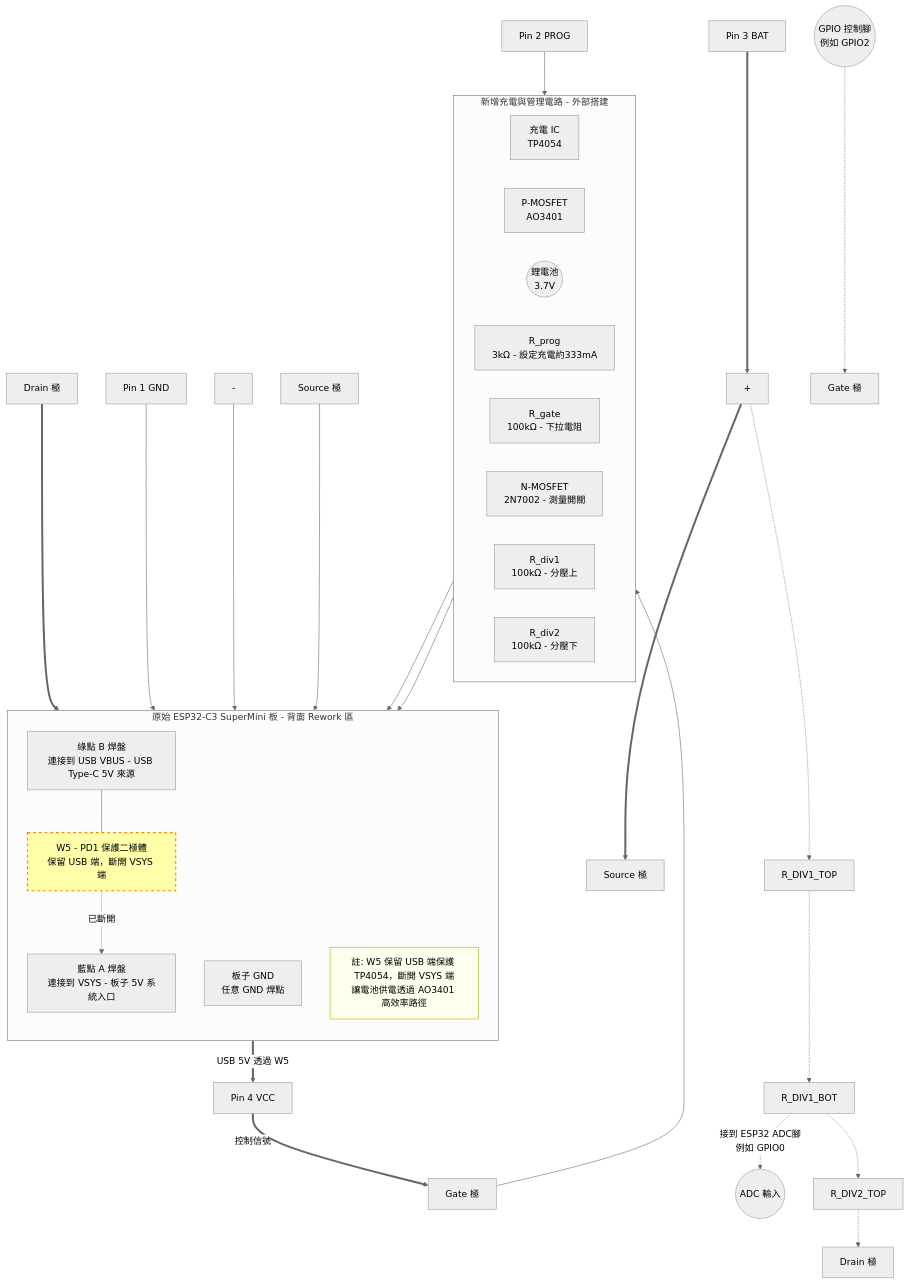
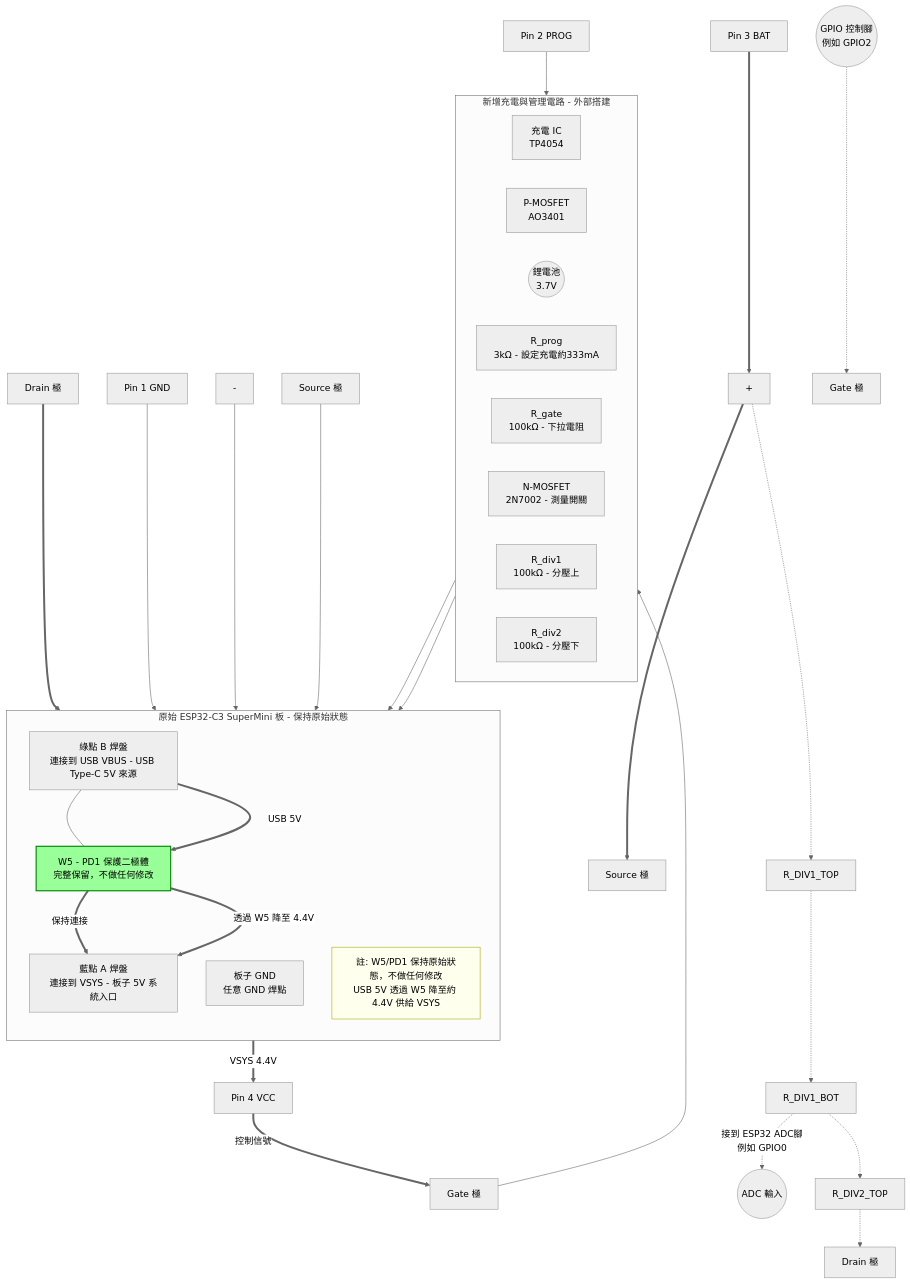
Before and after one commit to DanielYJHsieh/esp32c3: the diagram in battery_management/docs/HW_Design_1.md, drawn with Mermaid (neutral theme). The commit also changed 4 other files, not shown here.

````diff
--- a/battery_management/docs/HW_Design_1.md
+++ b/battery_management/docs/HW_Design_1.md
@@ -1,67 +1,69 @@
 ```mermaid
 graph TD
     %% --- 定義區域 ---
-    subgraph ORIGINAL_PCB ["原始 ESP32-C3 SuperMini 板 - 背面 Rework 區"]
+    subgraph ORIGINAL_PCB ["原始 ESP32-C3 SuperMini 板 - 保持原始狀態"]
         direction TB
         PAD_A["藍點 A 焊盤<br/>連接到 VSYS - 板子 5V 系統入口"]
         PAD_B["綠點 B 焊盤<br/>連接到 USB VBUS - USB Type-C 5V 來源"]
         PCB_GND["板子 GND<br/>任意 GND 焊點"]
-        W5_PARTIAL["W5 - PD1 保護二極體<br/>保留 USB 端，斷開 VSYS 端"]:::modifiedStyle
-        PAD_B --- W5_PARTIAL
-        W5_PARTIAL -.->|已斷開| PAD_A
+        W5_INTACT["W5 - PD1 保護二極體<br/>完整保留，不做任何修改"]:::intactStyle
+        PAD_B --- W5_INTACT
+        W5_INTACT ==>|保持連接| PAD_A
         
-        note1["註: W5 保留 USB 端保護 TP4054，斷開 VSYS 端<br/>讓電池供電透過 AO3401 高效率路徑"]:::noteStyle
+        note1["註: W5/PD1 保持原始狀態，不做任何修改<br/>USB 5V 透過 W5 降至約 4.4V 供給 VSYS"]:::noteStyle
     end
 
     subgraph NEW_CIRCUIT ["新增充電與管理電路 - 外部搭建"]
         direction LR
         
         %% --- 元件定義 ---
         TP4054["充電 IC<br/>TP4054"]
         PMOS["P-MOSFET<br/>AO3401"]
         BAT(("鋰電池<br/>3.7V"))
         
         %% --- 電阻元件 ---
         R_PROG["R_prog<br/>3kΩ - 設定充電約333mA"]
         R_GATE["R_gate<br/>100kΩ - 下拉電阻"]
         
         %% --- 電壓測量組件 ---
         NMOS["N-MOSFET<br/>2N7002 - 測量開關"]
         R_DIV1["R_div1<br/>100kΩ - 分壓上"]
         R_DIV2["R_div2<br/>100kΩ - 分壓下"]
     end
 
     %% --- 連接線路 ---
 
-    %% 1. USB 供電路徑 (紅色線: USB 5V 透過 W5 保護)
-    PAD_B ==>|USB 5V 透過 W5| TP4054_VCC["Pin 4 VCC"]
+    %% 1. USB 供電路徑 (紅色線: USB 5V 透過 W5 降壓至 VSYS)
+    PAD_B ==>|USB 5V| W5_INTACT
+    W5_INTACT ==>|透過 W5 降至 4.4V| PAD_A
+    PAD_A ==>|VSYS 4.4V| TP4054_VCC["Pin 4 VCC"]
     
     %% 2. TP4054 VCC 到 AO3401 Gate 控制 (橙色線: 控制信號)
     TP4054_VCC ==>|控制信號| PMOS_G["Gate 極"]
 
-    %% 3. 系統主要供電匯流排 (紫色線: 系統輸入)
+    %% 3. 電池供電路徑 (紫色線: 電池電壓)
     PMOS_D["Drain 極"] ==> PAD_A
 
     %% 4. 電池路徑 (藍色線: 電池電壓)
     TP4054_BAT["Pin 3 BAT"] ==> BAT_POS["+"]
     BAT_POS ==> PMOS_S["Source 極"]
     BAT_POS -.-> R_DIV1_TOP
 
     %% 5. 接地與輔助路徑 (黑色線/虛線)
     TP4054_GND["Pin 1 GND"] --> PCB_GND
     BAT_NEG["-"] --> PCB_GND
     PMOS_G --> R_GATE --> PCB_GND
     TP4054_PROG["Pin 2 PROG"] --> R_PROG --> PCB_GND
 
     %% 6. 電壓測量路徑 (綠色虛線)
     R_DIV1_TOP -.-> R_DIV1_BOT
     R_DIV1_BOT -.->|"接到 ESP32 ADC腳<br/>例如 GPIO0"| ADC_PIN(("ADC 輸入"))
     R_DIV1_BOT -.-> R_DIV2_TOP
     R_DIV2_TOP -.-> NMOS_D["Drain 極"]
     NMOS_S["Source 極"] --> PCB_GND
     CTRL_PIN(("GPIO 控制腳<br/>例如 GPIO2")) -.-> NMOS_G["Gate 極"]
 
     %% --- 樣式設定 ---
-    classDef modifiedStyle fill:#ffa,stroke:#f80,stroke-width:2px,stroke-dasharray:5 5
+    classDef intactStyle fill:#9f9,stroke:#080,stroke-width:2px
     classDef noteStyle fill:#ffe,stroke:#aa0,stroke-width:1px
 ```
````
